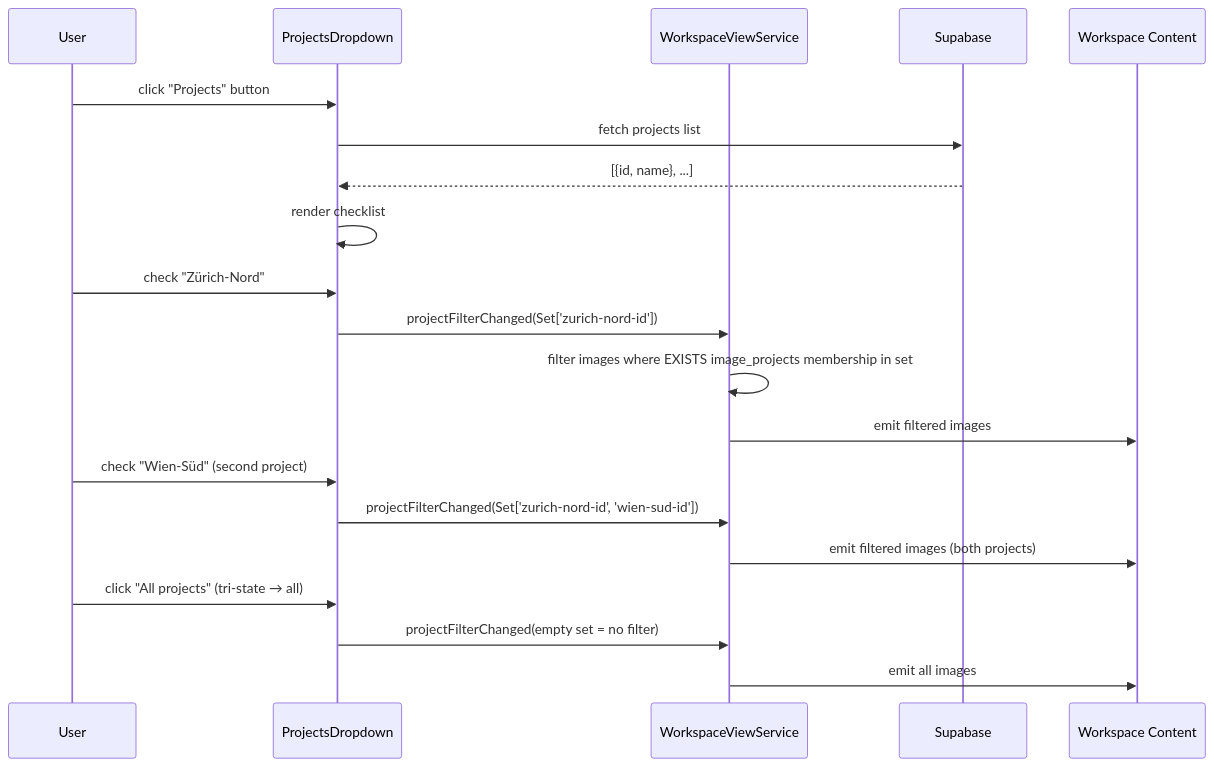
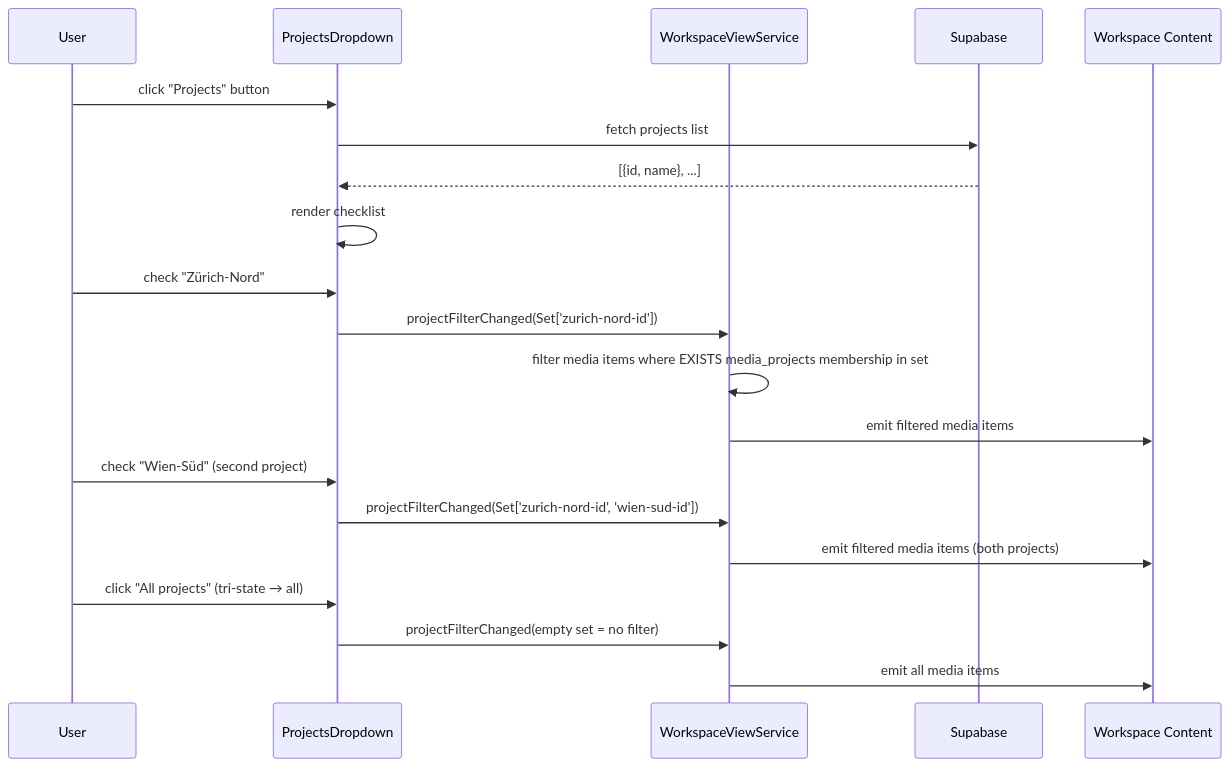
The second of 7 diagrams in docs/specs/component/projects-dropdown.md (matkleve/feldpost), drawn with Mermaid before and after one commit. The commit also changed other lines of this file and 26 other files, not shown here.

First line of the commit message:
refactor: update terminology from 'images' to 'media items' across documentation

````diff
--- a/docs/specs/component/projects-dropdown.md
+++ b/docs/specs/component/projects-dropdown.md
@@ -105,26 +105,26 @@
 ```mermaid
 sequenceDiagram
     participant U as User
     participant PD as ProjectsDropdown
     participant WVS as WorkspaceViewService
     participant Supa as Supabase
     participant WP as Workspace Content
 
     U->>PD: click "Projects" button
     PD->>Supa: fetch projects list
     Supa-->>PD: [{id, name}, ...]
     PD->>PD: render checklist
 
     U->>PD: check "Zürich-Nord"
     PD->>WVS: projectFilterChanged(Set['zurich-nord-id'])
-    WVS->>WVS: filter images where EXISTS image_projects membership in set
-    WVS->>WP: emit filtered images
+    WVS->>WVS: filter media items where EXISTS media_projects membership in set
+    WVS->>WP: emit filtered media items
 
     U->>PD: check "Wien-Süd" (second project)
     PD->>WVS: projectFilterChanged(Set['zurich-nord-id', 'wien-sud-id'])
-    WVS->>WP: emit filtered images (both projects)
+    WVS->>WP: emit filtered media items (both projects)
 
     U->>PD: click "All projects" (tri-state → all)
     PD->>WVS: projectFilterChanged(empty set = no filter)
-    WVS->>WP: emit all images
+    WVS->>WP: emit all media items
 ```
````
